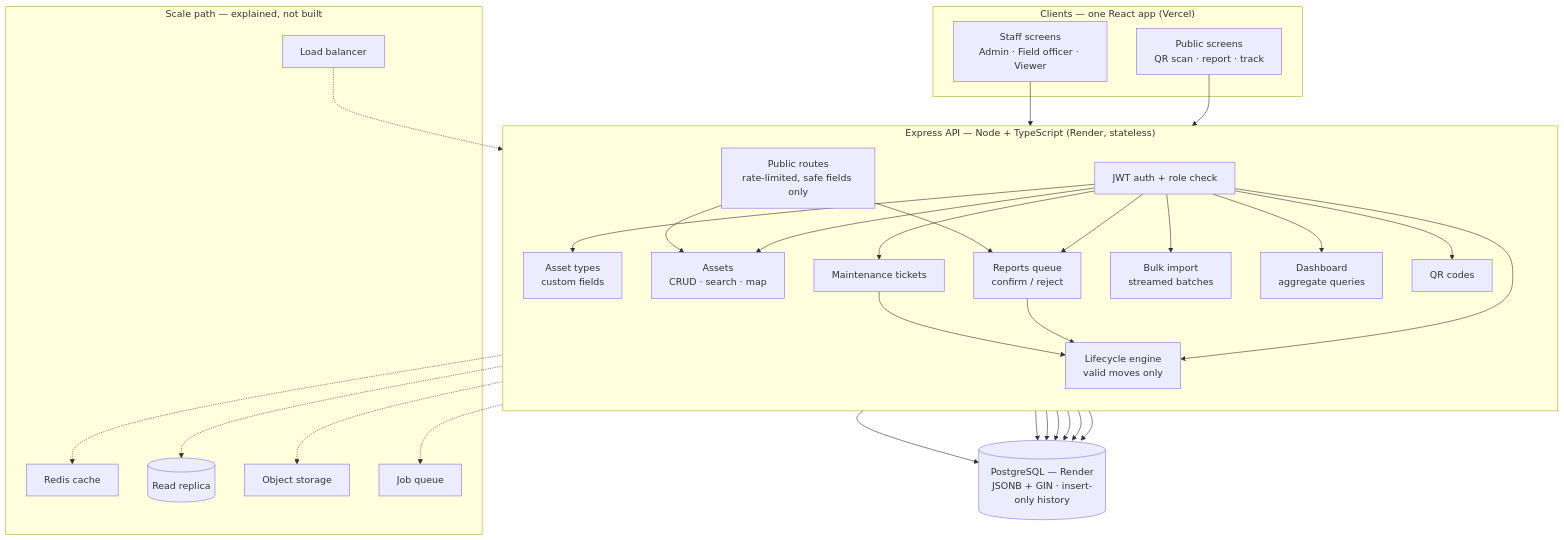
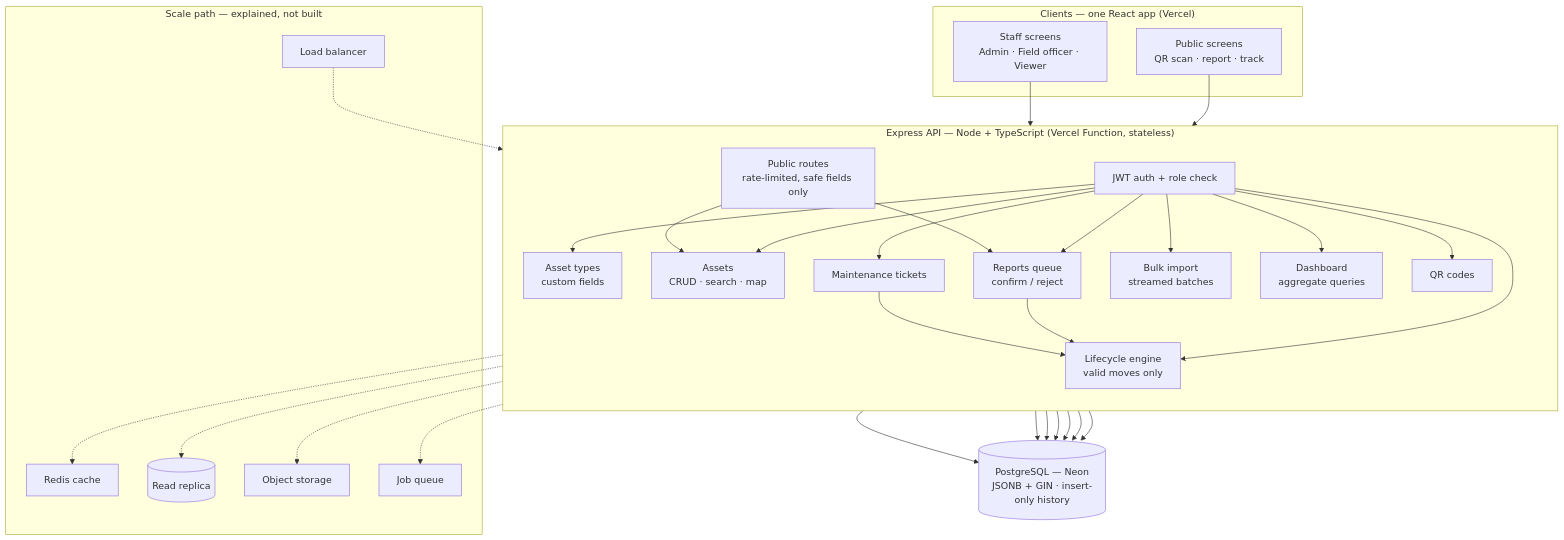
One commit to Patel-Divya-236/assettrace changed the first of 6 diagrams in docs/ARCHITECTURE.md. Above: the diagram before and after it, drawn with Mermaid. The commit also changed other lines of this file and 9 other files, not shown here.

Commit message:
chore: deploy api and web on vercel with neon postgres

````diff
--- a/docs/ARCHITECTURE.md
+++ b/docs/ARCHITECTURE.md
@@ -7,45 +7,45 @@
 ```mermaid
 flowchart TB
   subgraph Clients["Clients — one React app (Vercel)"]
     S[Staff screens<br/>Admin · Field officer · Viewer]
     P[Public screens<br/>QR scan · report · track]
   end
 
-  subgraph API["Express API — Node + TypeScript (Render, stateless)"]
+  subgraph API["Express API — Node + TypeScript (Vercel Function, stateless)"]
     direction TB
     AUTH[JWT auth + role check]
     PUB[Public routes<br/>rate-limited, safe fields only]
     AT[Asset types<br/>custom fields]
     AS[Assets<br/>CRUD · search · map]
     LE[Lifecycle engine<br/>valid moves only]
     MT[Maintenance tickets]
     RQ[Reports queue<br/>confirm / reject]
     IMP[Bulk import<br/>streamed batches]
     DB_[Dashboard<br/>aggregate queries]
     QR[QR codes]
   end
 
-  PG[(PostgreSQL — Render<br/>JSONB + GIN · insert-only history)]
+  PG[(PostgreSQL — Neon<br/>JSONB + GIN · insert-only history)]
 
   S --> AUTH
   P --> PUB
   AUTH --> AT & AS & LE & MT & RQ & IMP & DB_ & QR
   PUB --> AS
   PUB --> RQ
   RQ --> LE
   MT --> LE
   AT & AS & LE & MT & RQ & IMP & DB_ --> PG
 
   subgraph Future["Scale path — explained, not built"]
     LB[Load balancer]
     RD[Redis cache]
     RR[(Read replica)]
     OS[Object storage]
     JQ[Job queue]
   end
   LB -.-> API
   DB_ -.-> RD
   DB_ -.-> RR
   RQ -.-> OS
   IMP -.-> JQ
 ```
````
